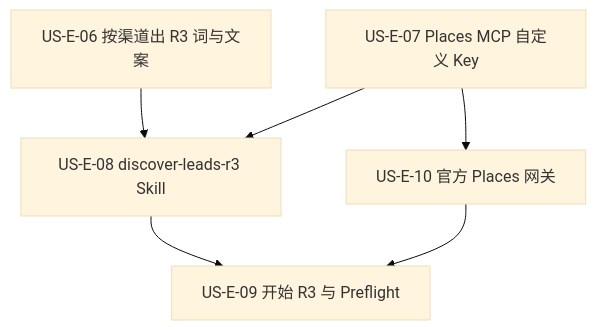
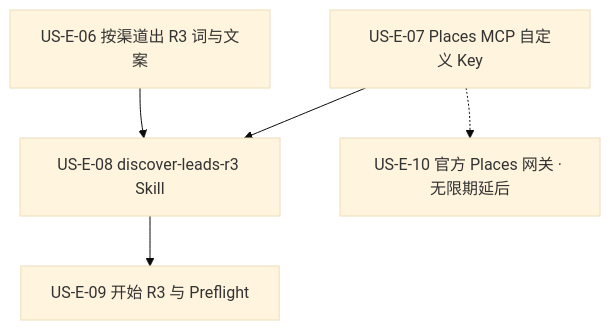
The eighth of 8 diagrams in docs/17-需求-业务效率工具.md (Pedro-MAFS/ftcs), drawn with Mermaid (base theme) before and after one commit. The commit also changed other lines of this file and 23 other files, not shown here.

````diff
--- a/docs/17-需求-业务效率工具.md
+++ b/docs/17-需求-业务效率工具.md
@@ -1009,14 +1010,13 @@
 ```mermaid
 flowchart TB
   E06[US-E-06 按渠道出 R3 词与文案]
   E07[US-E-07 Places MCP 自定义 Key]
   E08[US-E-08 discover-leads-r3 Skill]
   E09[US-E-09 开始 R3 与 Preflight]
-  E10[US-E-10 官方 Places 网关]
+  E10[US-E-10 官方 Places 网关 · 无限期延后]
 
   E06 --> E08
   E07 --> E08
   E08 --> E09
-  E07 --> E10
-  E10 --> E09
+  E07 -.-> E10
 ```
````
